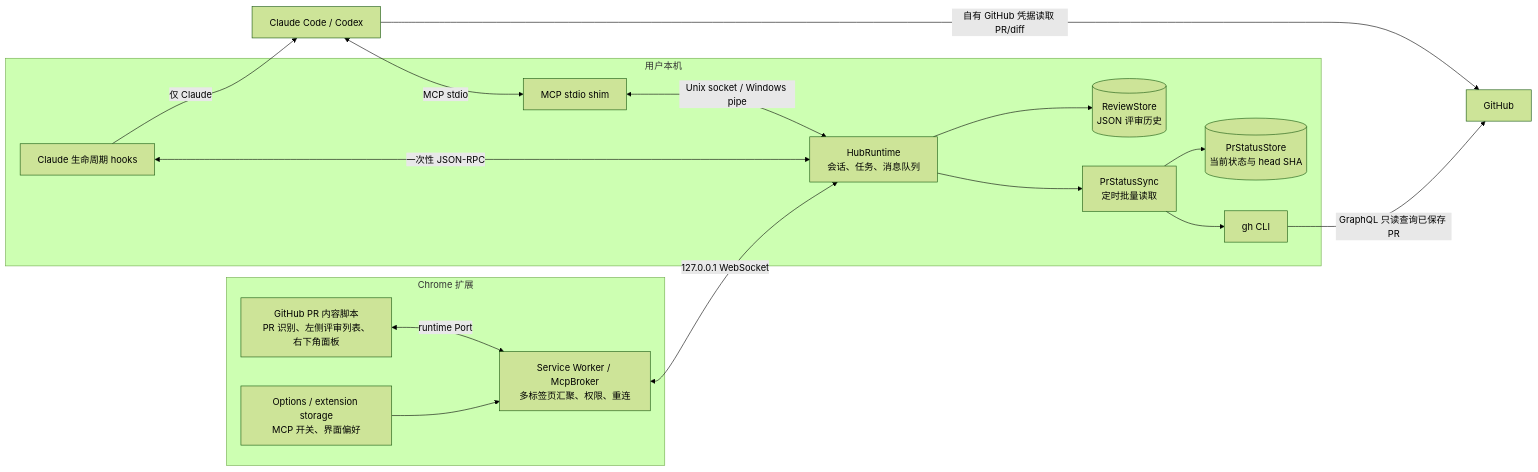
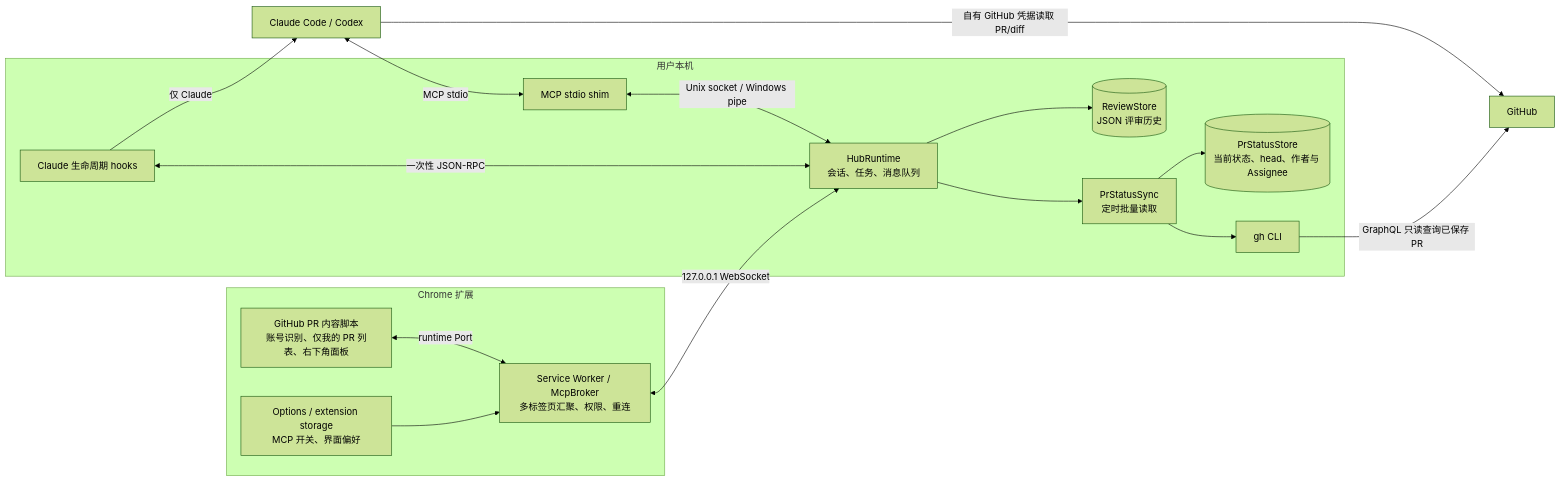
Before and after one commit to ZenUml/conf-app: the first of 3 diagrams in packages/pr-agent-panel/ARCHITECTURE.zh-CN.md, drawn with Mermaid (forest theme). The commit also changed other lines of this file and 16 other files, not shown here.

````diff
--- a/packages/pr-agent-panel/ARCHITECTURE.zh-CN.md
+++ b/packages/pr-agent-panel/ARCHITECTURE.zh-CN.md
@@ -7,32 +7,32 @@
 ```mermaid
 flowchart LR
   subgraph Chrome["Chrome 扩展"]
-    Page["GitHub PR 内容脚本<br/>PR 识别、左侧评审列表、右下角面板"]
+    Page["GitHub PR 内容脚本<br/>账号识别、仅我的 PR 列表、右下角面板"]
     Broker["Service Worker / McpBroker<br/>多标签页汇聚、权限、重连"]
     Prefs["Options / extension storage<br/>MCP 开关、界面偏好"]
     Page <-->|"runtime Port"| Broker
     Prefs --> Broker
   end
 
   subgraph Local["用户本机"]
     Hub["HubRuntime<br/>会话、任务、消息队列"]
     Store[("ReviewStore<br/>JSON 评审历史")]
     Sync["PrStatusSync<br/>定时批量读取"]
-    Current[("PrStatusStore<br/>当前状态与 head SHA")]
+    Current[("PrStatusStore<br/>当前状态、head、作者与 Assignee")]
     Gh["gh CLI"]
     Shim["MCP stdio shim"]
     Hooks["Claude 生命周期 hooks"]
     Hub --> Store
     Hub --> Sync
     Sync --> Current
     Sync --> Gh
     Shim <-->|"Unix socket / Windows pipe"| Hub
     Hooks <-->|"一次性 JSON-RPC"| Hub
   end
 
   Broker <-->|"127.0.0.1 WebSocket"| Hub
   Agent["Claude Code / Codex"] <-->|"MCP stdio"| Shim
   Agent -->|"自有 GitHub 凭据读取 PR/diff"| GitHub["GitHub"]
   Gh -->|"GraphQL 只读查询已保存 PR"| GitHub
   Hooks -->|"仅 Claude"| Agent
 ```
````
